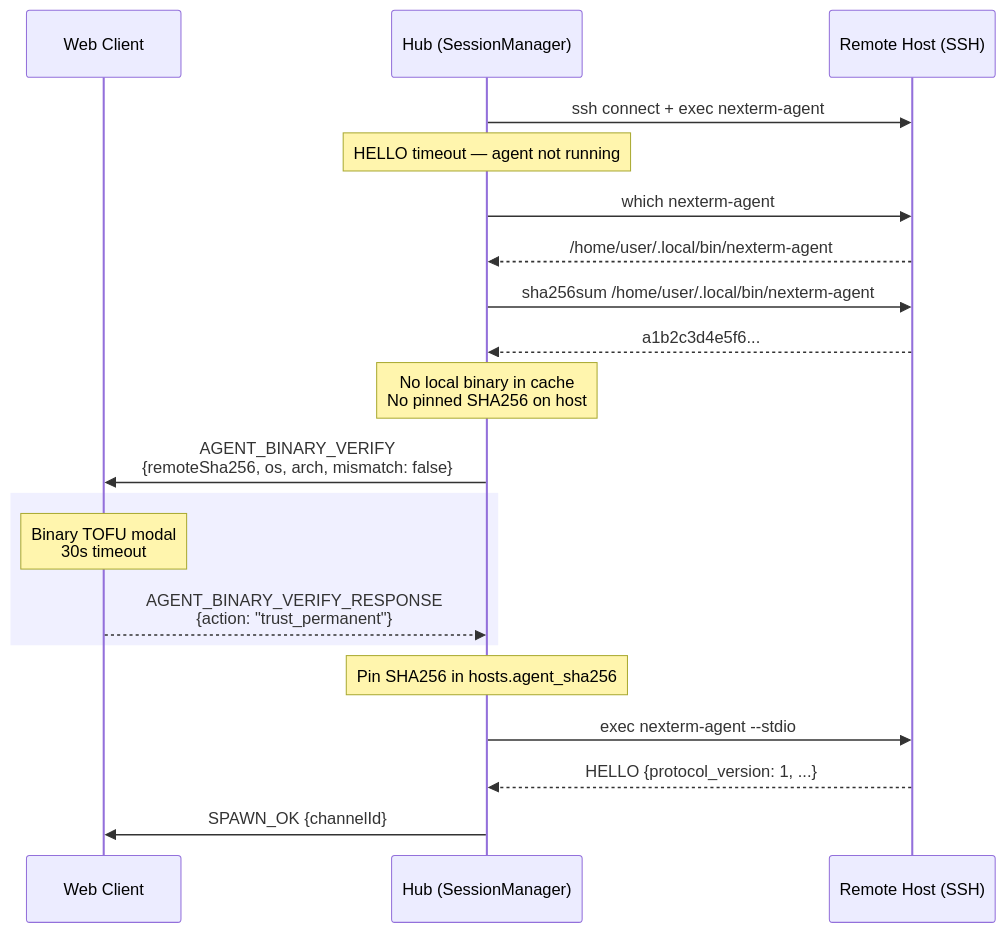
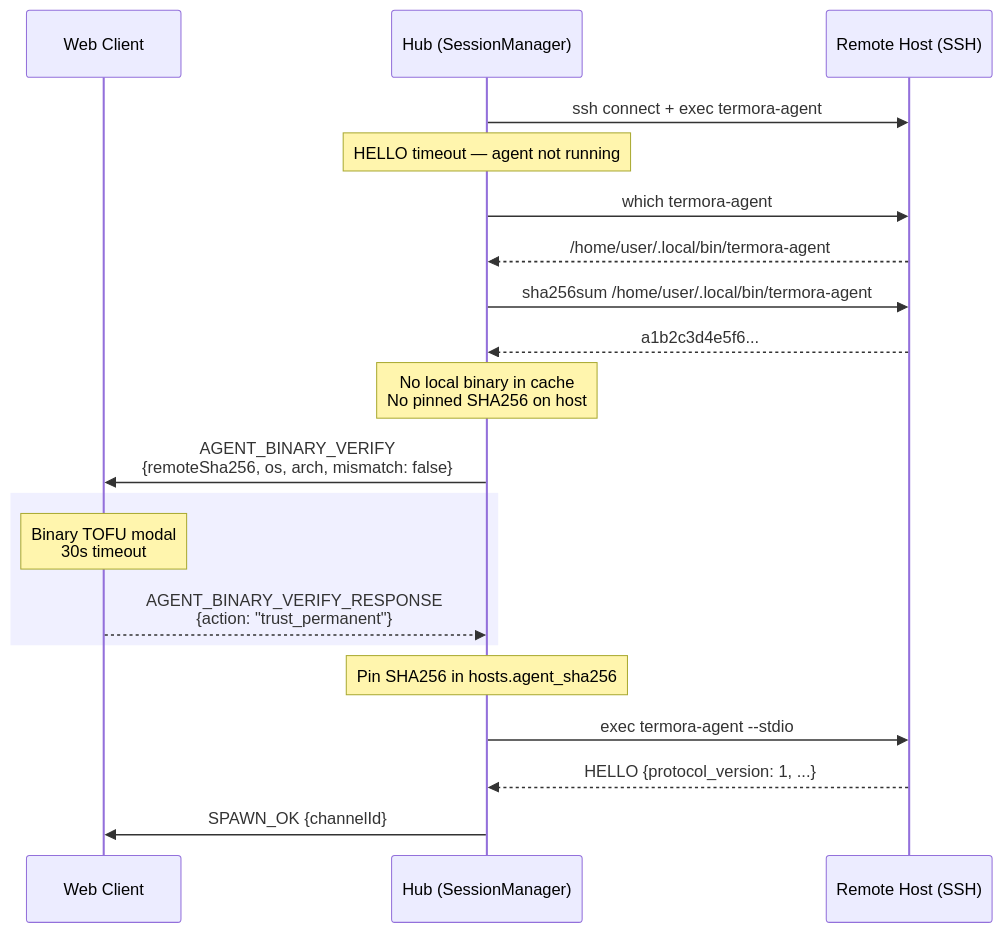
The second of 2 diagrams in docs/superpowers/specs/2026-03-24-remote-agent-deploy-design.md (khiops/termora), drawn with Mermaid before and after one commit. The commit also changed other lines of this file and 295 other files, not shown here.

First line of the commit message:
refactor(root): rename project nexterm → termora

````diff
--- a/docs/superpowers/specs/2026-03-24-remote-agent-deploy-design.md
+++ b/docs/superpowers/specs/2026-03-24-remote-agent-deploy-design.md
@@ -149,30 +149,30 @@
 ```mermaid
 sequenceDiagram
     participant UI as Web Client
     participant Hub as Hub (SessionManager)
     participant SSH as Remote Host (SSH)
 
-    Hub->>SSH: ssh connect + exec nexterm-agent
+    Hub->>SSH: ssh connect + exec termora-agent
     Note over Hub: HELLO timeout — agent not running
 
-    Hub->>SSH: which nexterm-agent
-    SSH-->>Hub: /home/user/.local/bin/nexterm-agent
+    Hub->>SSH: which termora-agent
+    SSH-->>Hub: /home/user/.local/bin/termora-agent
 
-    Hub->>SSH: sha256sum /home/user/.local/bin/nexterm-agent
+    Hub->>SSH: sha256sum /home/user/.local/bin/termora-agent
     SSH-->>Hub: a1b2c3d4e5f6...
 
     Note over Hub: No local binary in cache<br>No pinned SHA256 on host
 
     Hub->>UI: AGENT_BINARY_VERIFY<br>{remoteSha256, os, arch, mismatch: false}
 
     rect rgb(240, 240, 255)
         Note over UI: Binary TOFU modal<br>30s timeout
         UI-->>Hub: AGENT_BINARY_VERIFY_RESPONSE<br>{action: "trust_permanent"}
     end
 
     Note over Hub: Pin SHA256 in hosts.agent_sha256
 
-    Hub->>SSH: exec nexterm-agent --stdio
+    Hub->>SSH: exec termora-agent --stdio
     SSH-->>Hub: HELLO {protocol_version: 1, ...}
     Hub->>UI: SPAWN_OK {channelId}
 ```
````
